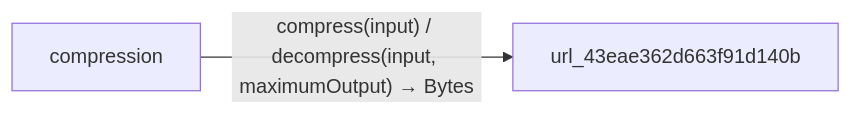
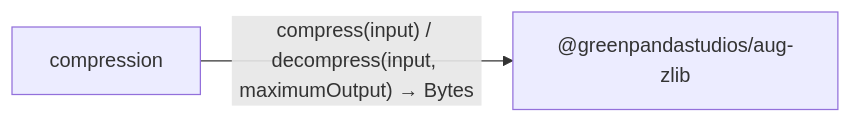
The second of 2 diagrams in docs/examples/native-zlib/diagrams/index.md (GreenPandaStudios/augscript), drawn with Mermaid before and after one commit. The commit also changed other lines of this file and 133 other files, not shown here.

````diff
--- a/docs/examples/native-zlib/diagrams/index.md
+++ b/docs/examples/native-zlib/diagrams/index.md
@@ -30,6 +30,6 @@
 ```mermaid
 flowchart LR
     n0["compression"]
-    n1["url_43eae362d663f91d140b"]
+    n1["@greenpandastudios/aug-zlib"]
     n0 -->|"compress(input) / decompress(input, maximumOutput) → Bytes"| n1
 ```
````
